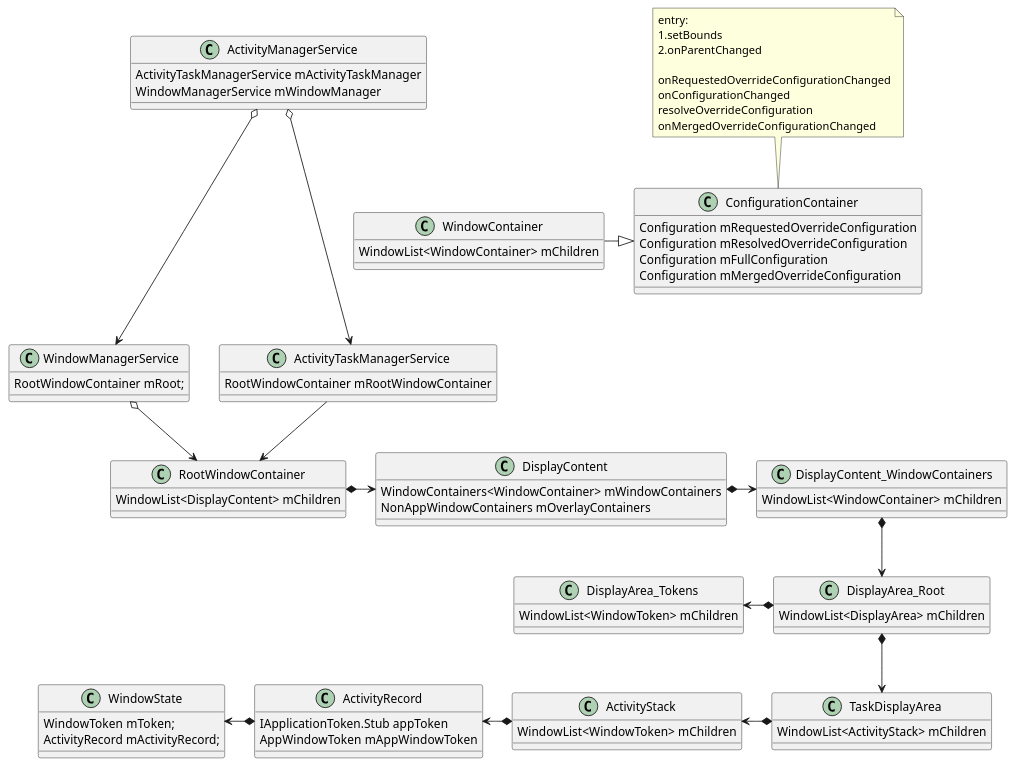
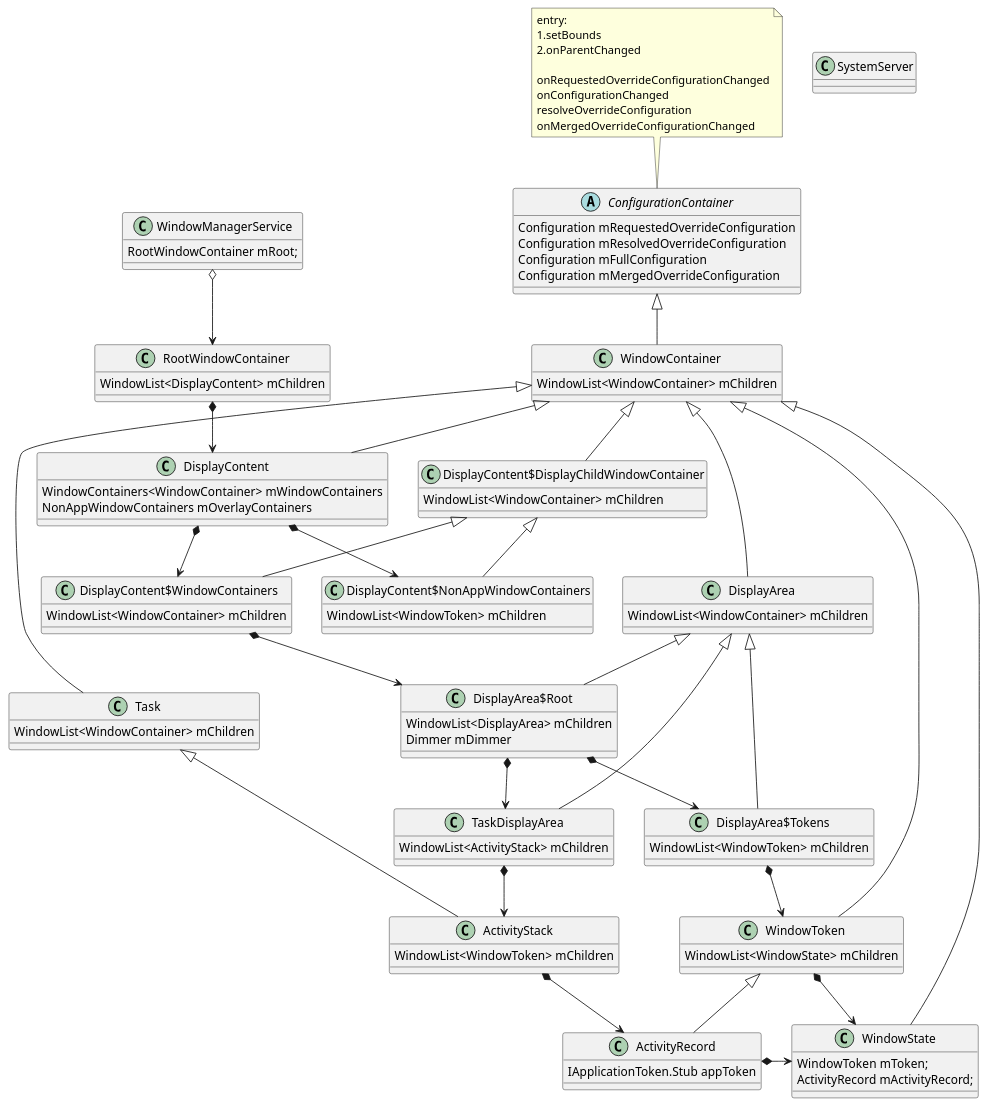
The diagram in android11/displaycontainer/DisplayContainer.puml (javalive09/UML), drawn with PlantUML before and after one commit. The commit also changed 24 other files, not shown here.

Commit message:
update uml

```diff
--- a/android11/displaycontainer/DisplayContainer.puml
+++ b/android11/displaycontainer/DisplayContainer.puml
@@ -1,95 +1,122 @@
 @startuml
 'https://plantuml.com/class-diagram
 
-class ActivityManagerService {
-    ActivityTaskManagerService mActivityTaskManager
-    WindowManagerService mWindowManager
+
+class SystemServer {
+
 }
 
-class ActivityTaskManagerService {
-    RootWindowContainer mRootWindowContainer
+class DisplayArea$Root {
+    WindowList<DisplayArea> mChildren
+    Dimmer mDimmer
 }
 
-class DisplayArea_Root {
-    WindowList<DisplayArea> mChildren
-}
-
-class DisplayArea_Tokens {
+class DisplayArea$Tokens {
     WindowList<WindowToken> mChildren
 }
 
 
 class ActivityStack {
     WindowList<WindowToken> mChildren
 }
 
 class ActivityRecord{
     IApplicationToken.Stub appToken
-    AppWindowToken mAppWindowToken
 }
 
 class WindowManagerService {
     RootWindowContainer mRoot;
 }
 
 class RootWindowContainer {
     WindowList<DisplayContent> mChildren
 }
 
 
 class DisplayContent {
     WindowContainers<WindowContainer> mWindowContainers
     NonAppWindowContainers mOverlayContainers
 }
 
 class WindowState {
     WindowToken mToken;
     ActivityRecord mActivityRecord;
 }
 
 class WindowContainer {
     WindowList<WindowContainer> mChildren
 }
 
-class DisplayContent_WindowContainers{
+class DisplayContent$WindowContainers{
     WindowList<WindowContainer> mChildren
 }
 
 class TaskDisplayArea {
     WindowList<ActivityStack> mChildren
 }
 
-class ConfigurationContainer {
+class DisplayArea {
+    WindowList<WindowContainer> mChildren
+}
+
+class WindowToken {
+    WindowList<WindowState> mChildren
+}
+
+class Task {
+    WindowList<WindowContainer> mChildren
+}
+
+class DisplayContent$DisplayChildWindowContainer {
+    WindowList<WindowContainer> mChildren
+}
+
+class DisplayContent$NonAppWindowContainers {
+    WindowList<WindowToken> mChildren
+}
+
+abstract class ConfigurationContainer {
     Configuration mRequestedOverrideConfiguration
     Configuration mResolvedOverrideConfiguration
     Configuration mFullConfiguration
     Configuration mMergedOverrideConfiguration
 }
 
 note top
 entry:
 1.setBounds
 2.onParentChanged
 
 onRequestedOverrideConfigurationChanged
 onConfigurationChanged
 resolveOverrideConfiguration
 onMergedOverrideConfigurationChanged
 end note
 
-ActivityManagerService o---> ActivityTaskManagerService
-ActivityTaskManagerService --> RootWindowContainer
-
-ActivityManagerService o---> WindowManagerService
-WindowManagerService o-> RootWindowContainer
-RootWindowContainer *-> DisplayContent
-DisplayContent *-> DisplayContent_WindowContainers
-DisplayContent_WindowContainers *--> DisplayArea_Root
-DisplayArea_Root *-left> DisplayArea_Tokens
-DisplayArea_Root *--> TaskDisplayArea
-TaskDisplayArea *-left> ActivityStack
-ActivityStack *-left>ActivityRecord
-ActivityRecord *-left>WindowState
-WindowContainer -|> ConfigurationContainer
-
+WindowManagerService o--> RootWindowContainer
+RootWindowContainer *--> DisplayContent
+DisplayContent *--> DisplayContent$WindowContainers
+DisplayContent *--> DisplayContent$NonAppWindowContainers
+DisplayContent$WindowContainers *--> DisplayArea$Root
+DisplayArea$Root *--> DisplayArea$Tokens
+DisplayArea$Tokens *--> WindowToken
+DisplayArea$Root *--> TaskDisplayArea
+TaskDisplayArea *--> ActivityStack
+ActivityStack *-->ActivityRecord
+ActivityRecord *-right->WindowState
+ConfigurationContainer <|-- WindowContainer
+WindowContainer <|-- DisplayContent
+WindowContainer <|-- DisplayContent$DisplayChildWindowContainer
+WindowContainer <|-- DisplayArea
+WindowContainer <|-- Task
+WindowContainer <|-- WindowToken
+WindowContainer <|-- WindowState
+DisplayArea <|-- DisplayArea$Root
+DisplayArea <|-- DisplayArea$Tokens
+DisplayArea <|-- TaskDisplayArea
+DisplayContent$DisplayChildWindowContainer <|-- DisplayContent$WindowContainers
+DisplayContent$DisplayChildWindowContainer <|-- DisplayContent$NonAppWindowContainers
+Task <|-- ActivityStack
+WindowToken <|-- ActivityRecord
+WindowToken *--> WindowState
 @enduml
```
